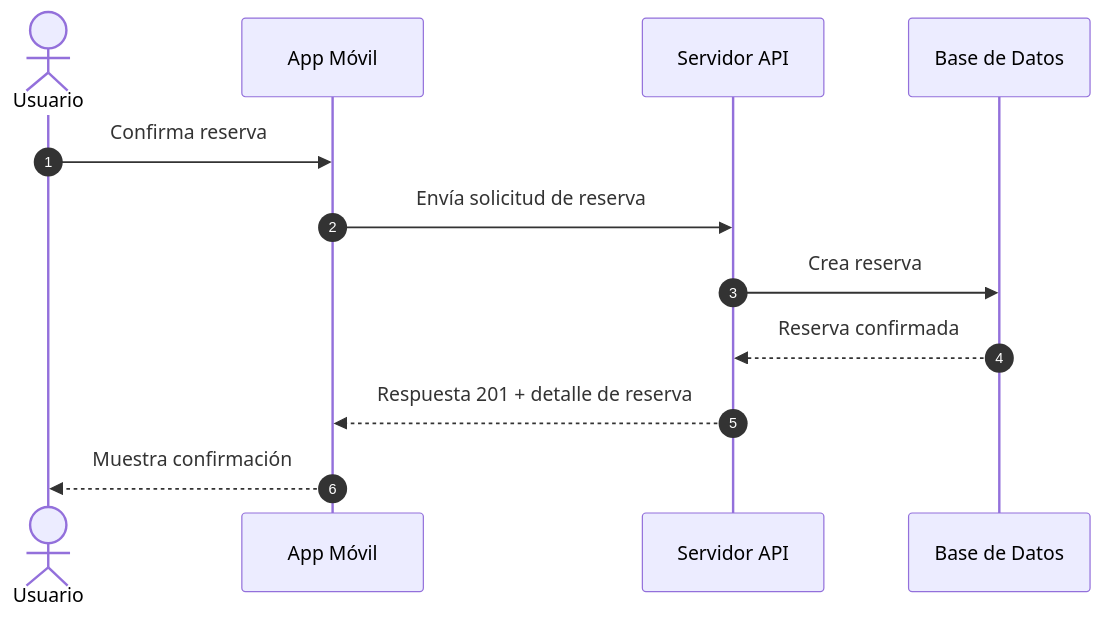
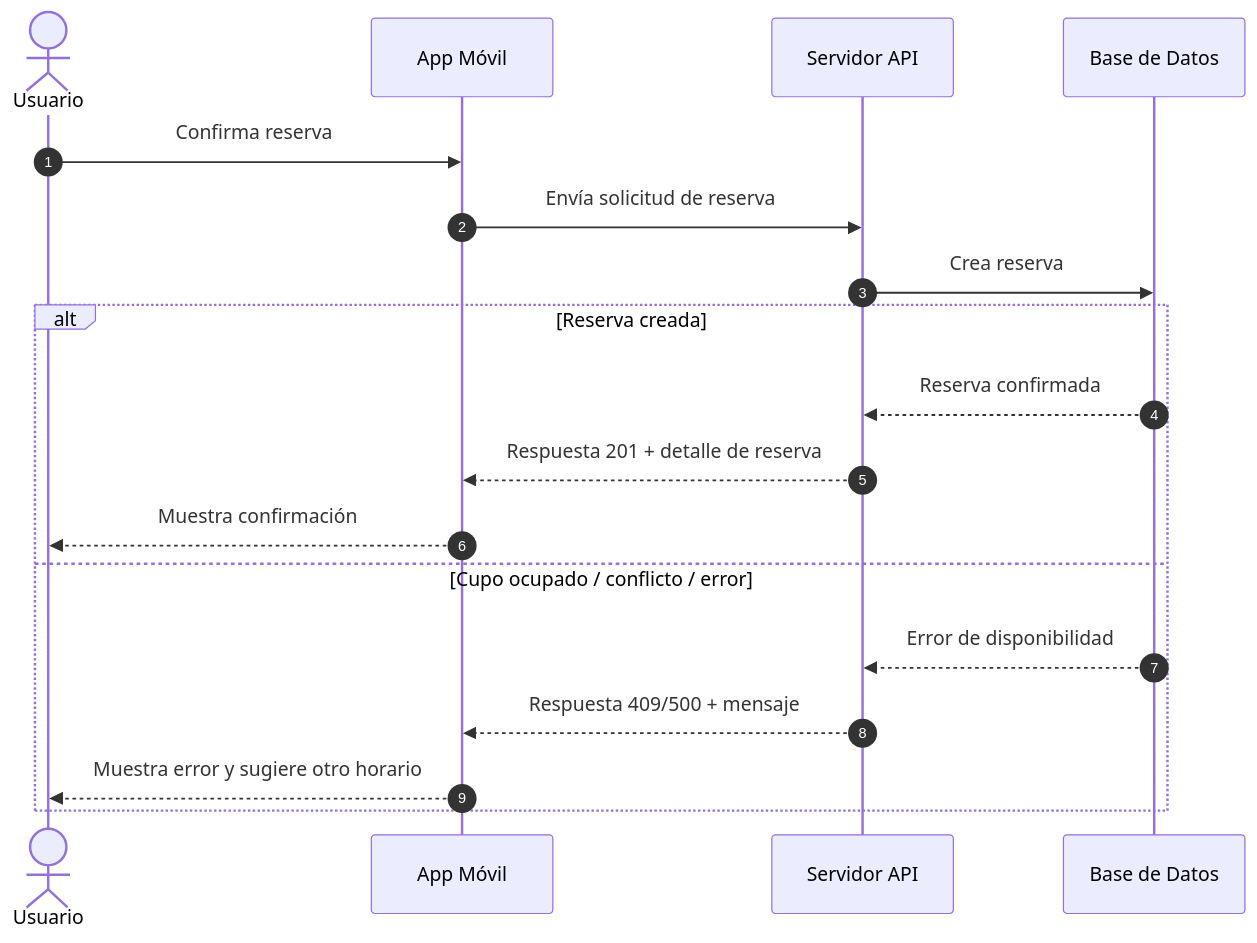
The fourth of 12 diagrams in docs/SEQUENCE_DIAGRAMS.md (asobrados03/HumanPerformApp), drawn with Mermaid before and after one commit. The commit also changed other lines of this file, not shown here.

Commit message:
docs: agrega unhappy paths en diagramas de secuencia

````diff
--- a/docs/SEQUENCE_DIAGRAMS.md
+++ b/docs/SEQUENCE_DIAGRAMS.md
@@ -63,15 +81,21 @@
 ```mermaid
 sequenceDiagram
     autonumber
     actor U as Usuario
     participant APP as App Móvil
     participant API as Servidor API
     participant DB as Base de Datos
 
     U->>APP: Confirma reserva
     APP->>API: Envía solicitud de reserva
     API->>DB: Crea reserva
-    DB-->>API: Reserva confirmada
-    API-->>APP: Respuesta 201 + detalle de reserva
-    APP-->>U: Muestra confirmación
+    alt Reserva creada
+        DB-->>API: Reserva confirmada
+        API-->>APP: Respuesta 201 + detalle de reserva
+        APP-->>U: Muestra confirmación
+    else Cupo ocupado / conflicto / error
+        DB-->>API: Error de disponibilidad
+        API-->>APP: Respuesta 409/500 + mensaje
+        APP-->>U: Muestra error y sugiere otro horario
+    end
 ```
````
